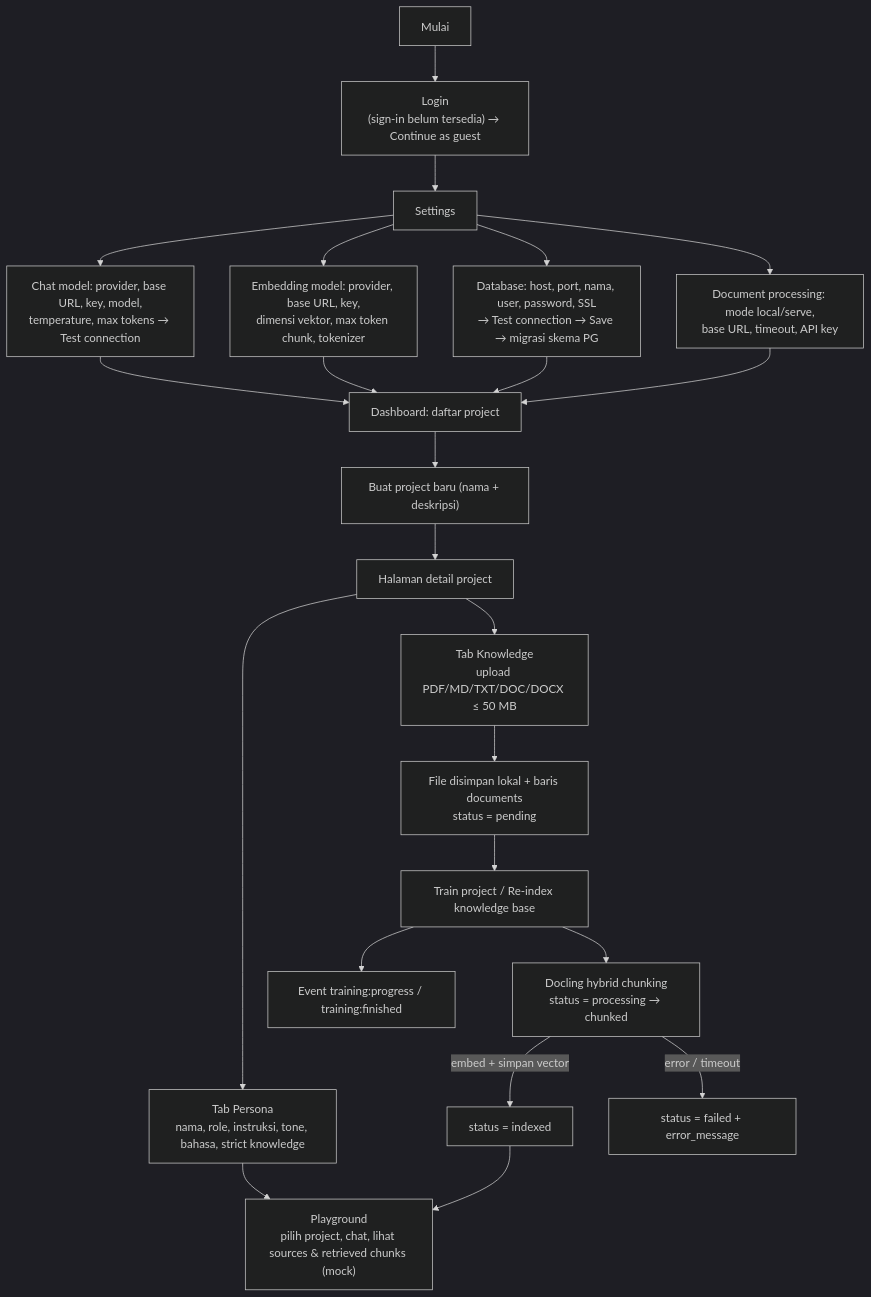
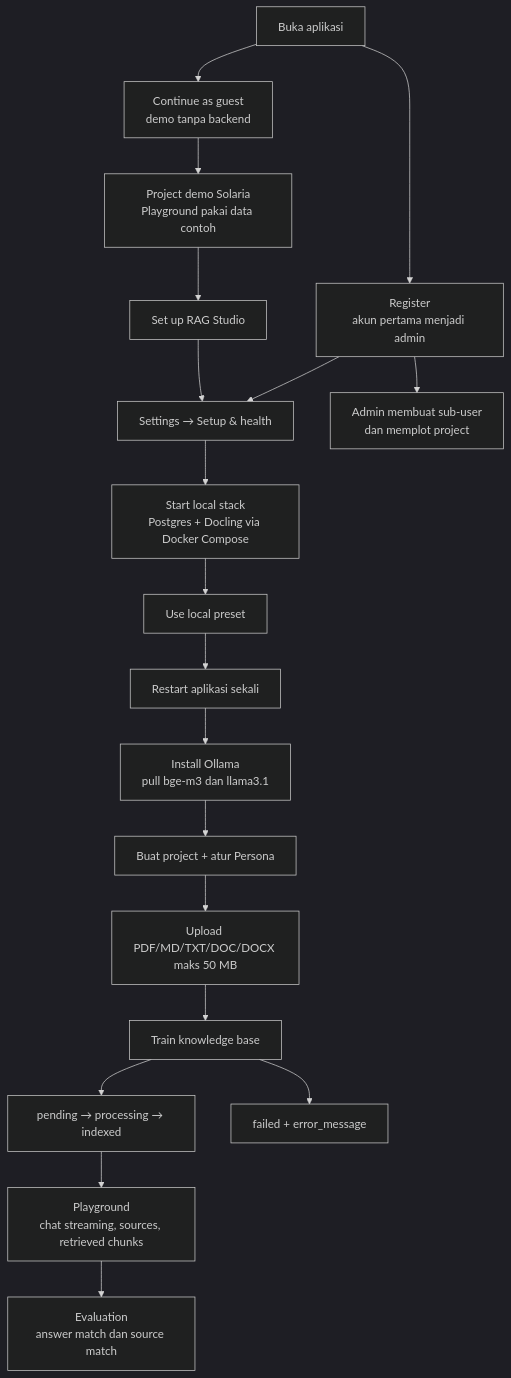
Before and after one commit to RP-Guruh/rag-studio: the second of 4 diagrams in README.md, drawn with Mermaid (dark theme). The commit also changed other lines of this file, not shown here.

Commit message:
docs: rewrite README with setup guide and current architecture

````diff
--- a/README.md
+++ b/README.md
@@ -109,25 +141,21 @@
 ```mermaid
 flowchart TD
-    A["Mulai"] --> B["Login<br/>(sign-in belum tersedia) → Continue as guest"]
-    B --> C["Settings"]
-    C --> C1["Chat model: provider, base URL, key, model,<br/>temperature, max tokens → Test connection"]
-    C --> C2["Embedding model: provider, base URL, key,<br/>dimensi vektor, max token chunk, tokenizer"]
-    C --> C3["Database: host, port, nama, user, password, SSL<br/>→ Test connection → Save → migrasi skema PG"]
-    C --> C4["Document processing: mode local/serve,<br/>base URL, timeout, API key"]
-    C1 --> D["Dashboard: daftar project"]
-    C2 --> D
-    C3 --> D
-    C4 --> D
-    D --> E["Buat project baru (nama + deskripsi)"]
-    E --> F["Halaman detail project"]
-    F --> G["Tab Persona<br/>nama, role, instruksi, tone, bahasa, strict knowledge"]
-    F --> H["Tab Knowledge<br/>upload PDF/MD/TXT/DOC/DOCX ≤ 50 MB"]
-    H --> I["File disimpan lokal + baris documents<br/>status = pending"]
-    I --> J["Train project / Re-index knowledge base"]
-    J --> K["Docling hybrid chunking<br/>status = processing → chunked"]
-    K -->|"embed + simpan vector"| L["status = indexed"]
-    K -->|"error / timeout"| M["status = failed + error_message"]
-    J --> N["Event training:progress / training:finished"]
-    G --> O["Playground<br/>pilih project, chat, lihat sources & retrieved chunks (mock)"]
-    L --> O
+    A["Buka aplikasi"] --> B["Continue as guest<br/>demo tanpa backend"]
+    B --> C["Project demo Solaria<br/>Playground pakai data contoh"]
+    C --> D["Set up RAG Studio"]
+    A --> E["Register<br/>akun pertama menjadi admin"]
+    E --> F["Settings → Setup & health"]
+    D --> F
+    F --> G["Start local stack<br/>Postgres + Docling via Docker Compose"]
+    G --> H["Use local preset"]
+    H --> I["Restart aplikasi sekali"]
+    I --> J["Install Ollama<br/>pull bge-m3 dan llama3.1"]
+    J --> K["Buat project + atur Persona"]
+    K --> L["Upload PDF/MD/TXT/DOC/DOCX maks 50 MB"]
+    L --> M["Train knowledge base"]
+    M --> N["pending → processing → indexed"]
+    M --> O["failed + error_message"]
+    N --> P["Playground<br/>chat streaming, sources, retrieved chunks"]
+    P --> Q["Evaluation<br/>answer match dan source match"]
+    E --> R["Admin membuat sub-user<br/>dan memplot project"]
 ```
````
